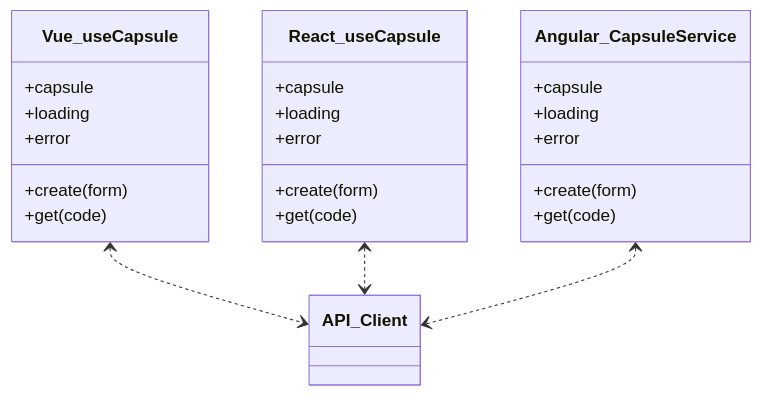
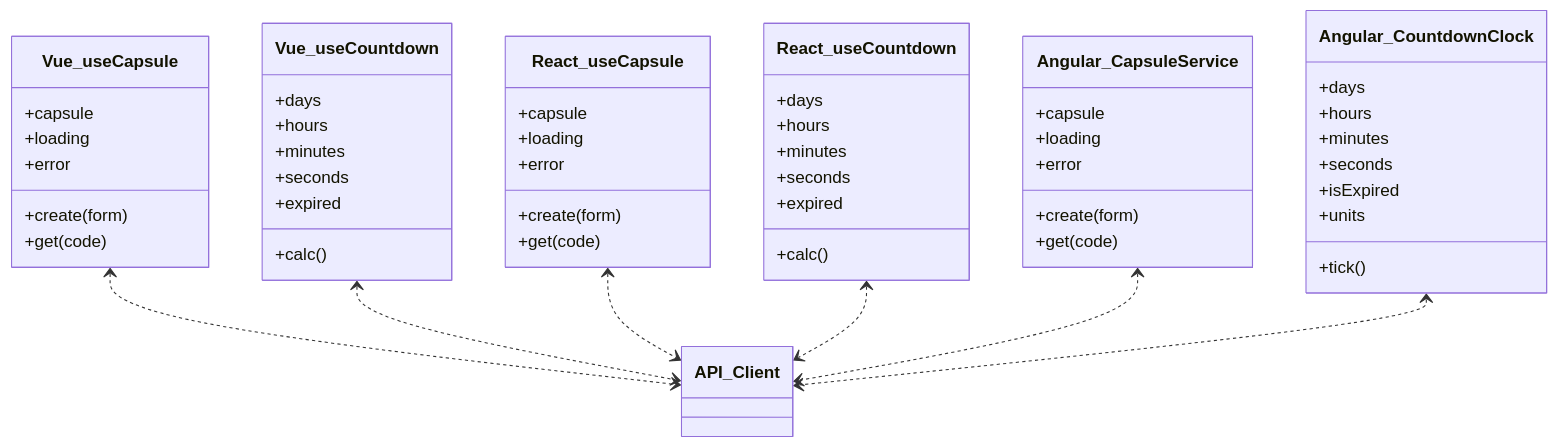
The fourth of 7 diagrams in .qoder/repowiki/zh/content/前端实现详解/前端实现详解.md (alexy2008/TimeCapsule), drawn with Mermaid before and after one commit. The commit also changed other lines of this file and 22 other files, not shown here.

````diff
--- a/.qoder/repowiki/zh/content/前端实现详解/前端实现详解.md
+++ b/.qoder/repowiki/zh/content/前端实现详解/前端实现详解.md
@@ -208,27 +240,55 @@
 ```mermaid
 classDiagram
 class Vue_useCapsule {
 +capsule
 +loading
 +error
 +create(form)
 +get(code)
 }
+class Vue_useCountdown {
++days
++hours
++minutes
++seconds
++expired
++calc()
+}
 class React_useCapsule {
 +capsule
 +loading
 +error
 +create(form)
 +get(code)
+}
+class React_useCountdown {
++days
++hours
++minutes
++seconds
++expired
++calc()
 }
 class Angular_CapsuleService {
 +capsule
 +loading
 +error
 +create(form)
 +get(code)
 }
+class Angular_CountdownClock {
++days
++hours
++minutes
++seconds
++isExpired
++units
++tick()
+}
 Vue_useCapsule <..> API_Client
+Vue_useCountdown <..> API_Client
 React_useCapsule <..> API_Client
+React_useCountdown <..> API_Client
 Angular_CapsuleService <..> API_Client
+Angular_CountdownClock <..> API_Client
 ```
````
